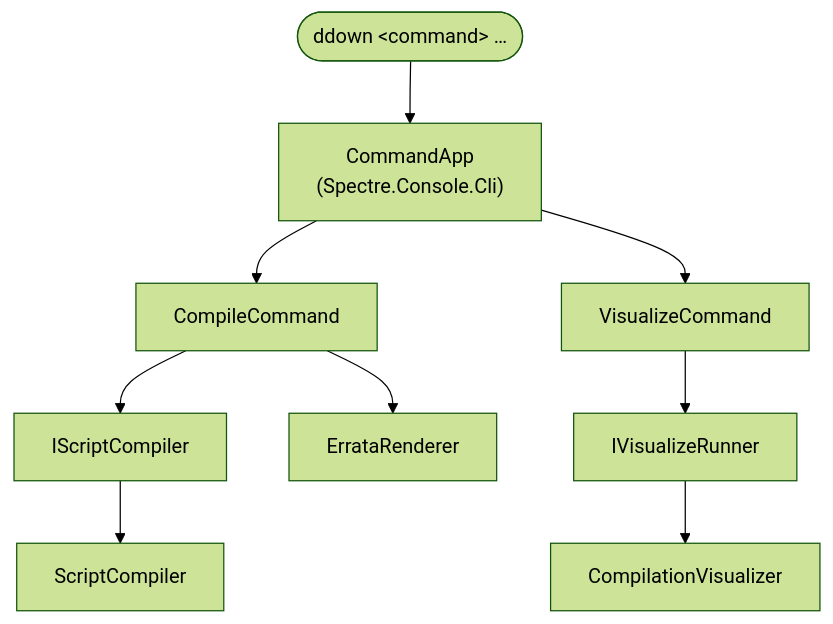
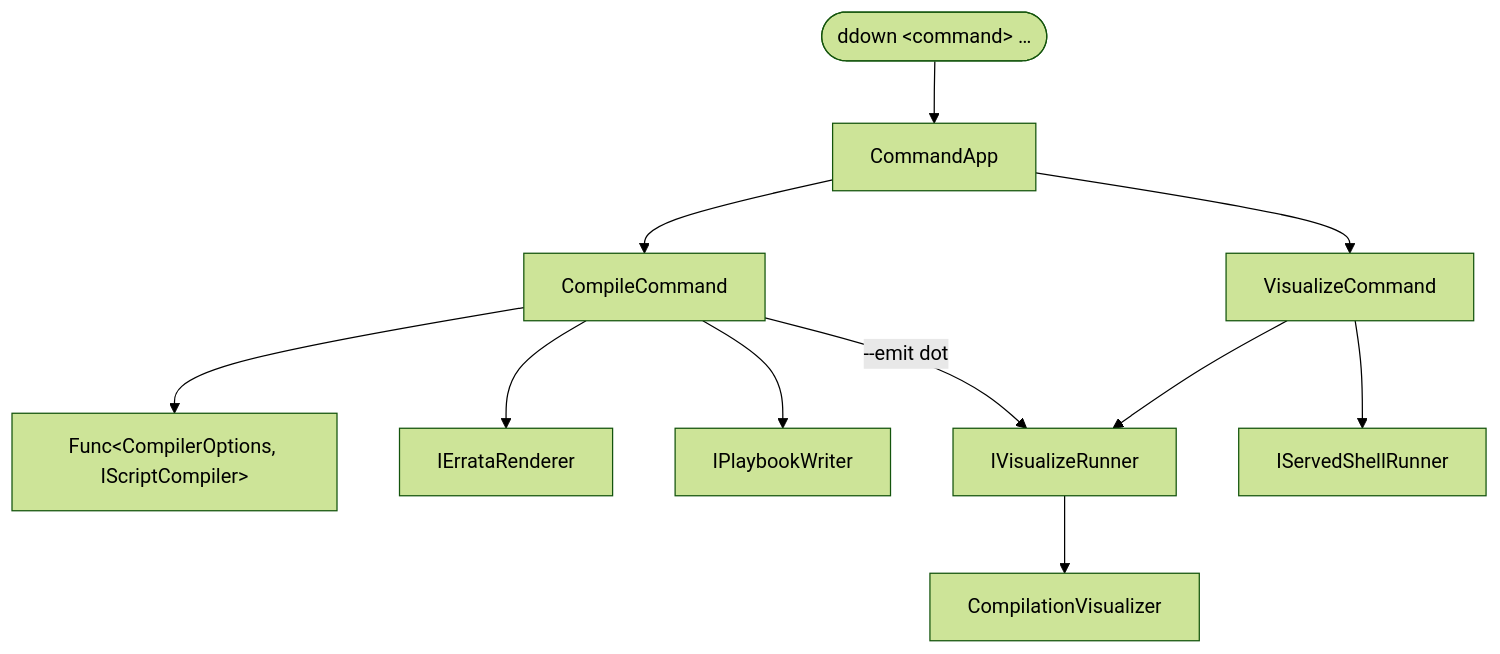
One commit to pengzhengyi/dialoguedown changed the diagram in docs/contributing/design-notes/cli/Command-Line Interface.md. Above: the diagram before and after it, drawn with Mermaid (forest theme). The commit also changed other lines of this file and 124 other files, not shown here.

````diff
--- a/docs/contributing/design-notes/cli/Command-Line Interface.md
+++ b/docs/contributing/design-notes/cli/Command-Line Interface.md
@@ -72,11 +31,13 @@
 ```mermaid
 flowchart TD
-    User(["ddown &lt;command&gt; …"]) --> App["CommandApp<br/>(Spectre.Console.Cli)"]
+    User(["ddown &lt;command&gt; …"]) --> App["CommandApp"]
     App --> Compile["CompileCommand"]
     App --> Visualize["VisualizeCommand"]
-    Compile --> Seam["IScriptCompiler"]
-    Compile --> Errata["ErrataRenderer"]
-    Visualize --> Runner["IVisualizeRunner"]
-    Seam --> Compiler["ScriptCompiler"]
+    Compile --> Factory["Func&lt;CompilerOptions, IScriptCompiler&gt;"]
+    Compile --> Errata["IErrataRenderer"]
+    Compile --> Writer["IPlaybookWriter"]
+    Compile -->|"--emit dot"| Runner["IVisualizeRunner"]
+    Visualize --> Runner
+    Visualize --> Served["IServedShellRunner"]
     Runner --> Viz["CompilationVisualizer"]
 ```
````
